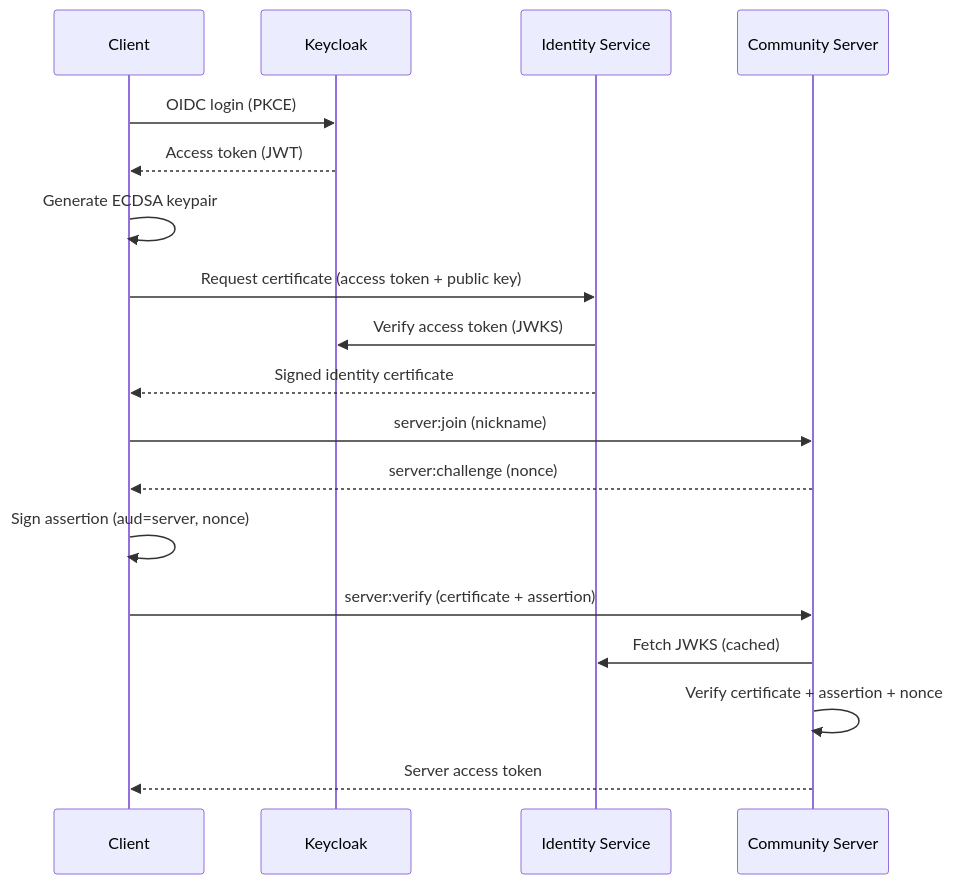
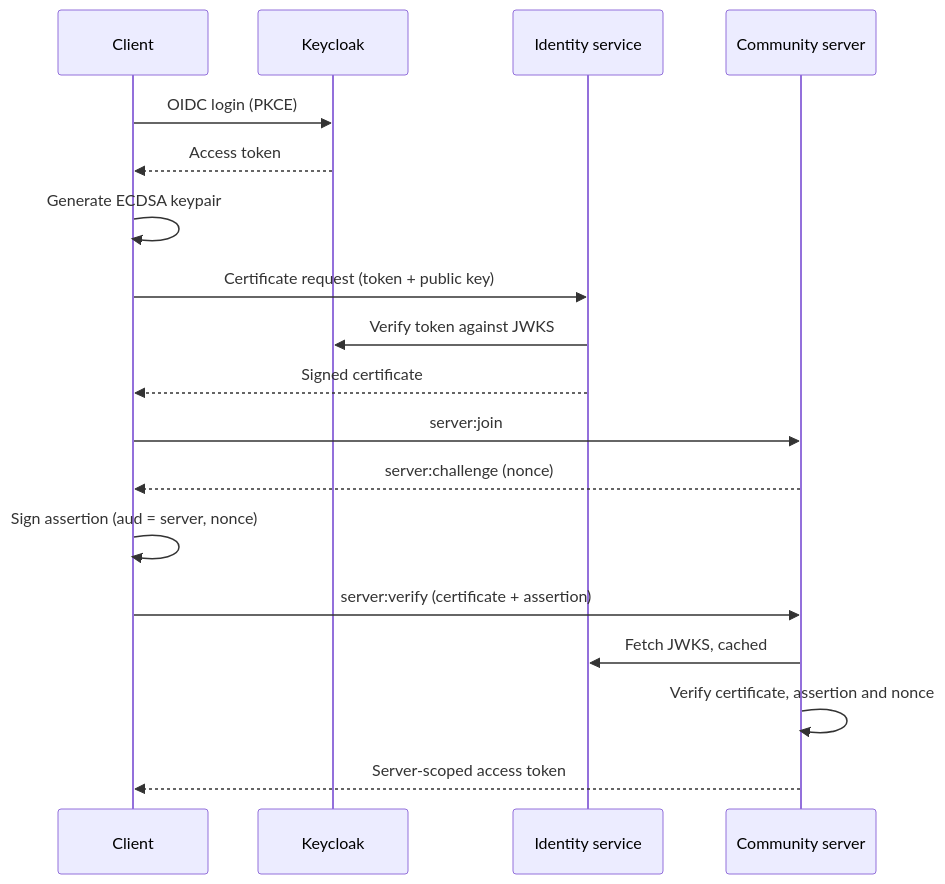
One commit to Gryt-chat/docs changed the third of 3 diagrams in content/docs/guide/architecture.mdx. Above: the diagram before and after it, drawn with Mermaid. The commit also changed other lines of this file and 4 other files, not shown here.

````diff
--- a/content/docs/guide/architecture.mdx
+++ b/content/docs/guide/architecture.mdx
@@ -143,22 +158,22 @@
 ```mermaid
 sequenceDiagram
   participant C as Client
   participant K as Keycloak
-  participant ID as Identity Service
-  participant S as Community Server
+  participant ID as Identity service
+  participant S as Community server
 
   C->>K: OIDC login (PKCE)
-  K-->>C: Access token (JWT)
+  K-->>C: Access token
   C->>C: Generate ECDSA keypair
-  C->>ID: Request certificate (access token + public key)
-  ID->>K: Verify access token (JWKS)
-  ID-->>C: Signed identity certificate
+  C->>ID: Certificate request (token + public key)
+  ID->>K: Verify token against JWKS
+  ID-->>C: Signed certificate
 
-  C->>S: server:join (nickname)
+  C->>S: server:join
   S-->>C: server:challenge (nonce)
-  C->>C: Sign assertion (aud=server, nonce)
+  C->>C: Sign assertion (aud = server, nonce)
   C->>S: server:verify (certificate + assertion)
-  S->>ID: Fetch JWKS (cached)
-  S->>S: Verify certificate + assertion + nonce
-  S-->>C: Server access token
+  S->>ID: Fetch JWKS, cached
+  S->>S: Verify certificate, assertion and nonce
+  S-->>C: Server-scoped access token
 ```
````
